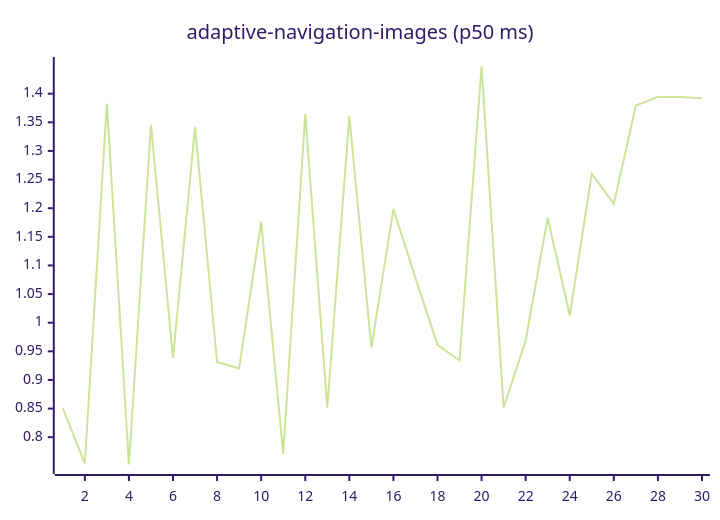
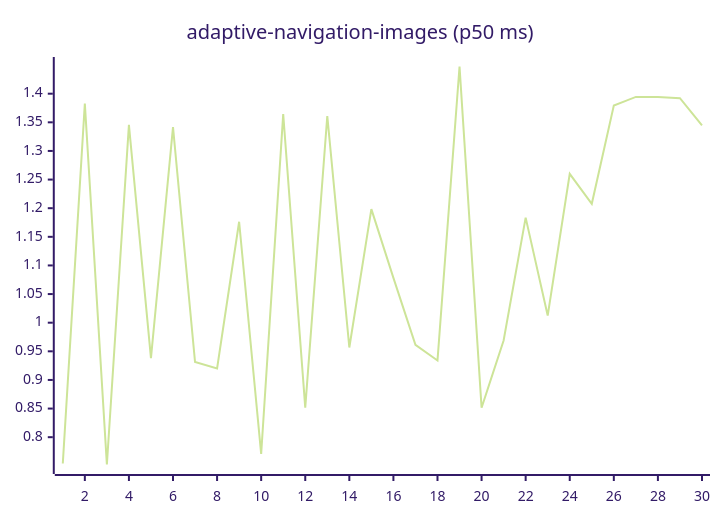
One commit to josha/Facet changed the first of 27 diagrams in README.md. Above: the diagram before and after it, drawn with Mermaid (forest theme). The commit also changed other lines of this file and 2 other files, not shown here.

````diff
--- a/README.md
+++ b/README.md
@@ -63,6 +63,6 @@
 ```mermaid
 xychart-beta
     title "adaptive-navigation-images (p50 ms)"
     x-axis 1 --> 30
-    line [0.8504, 0.7540, 1.3829, 0.7523, 1.3455, 0.9380, 1.3415, 0.9312, 0.9201, 1.1763, 0.7707, 1.3642, 0.8516, 1.3610, 0.9567, 1.1983, 1.0783, 0.9612, 0.9339, 1.4475, 0.8514, 0.9690, 1.1835, 1.0125, 1.2600, 1.2076, 1.3793, 1.3944, 1.3942, 1.3921]
+    line [0.7540, 1.3829, 0.7523, 1.3455, 0.9380, 1.3415, 0.9312, 0.9201, 1.1763, 0.7707, 1.3642, 0.8516, 1.3610, 0.9567, 1.1983, 1.0783, 0.9612, 0.9339, 1.4475, 0.8514, 0.9690, 1.1835, 1.0125, 1.2600, 1.2076, 1.3793, 1.3944, 1.3942, 1.3921, 1.3447]
 ```
````
